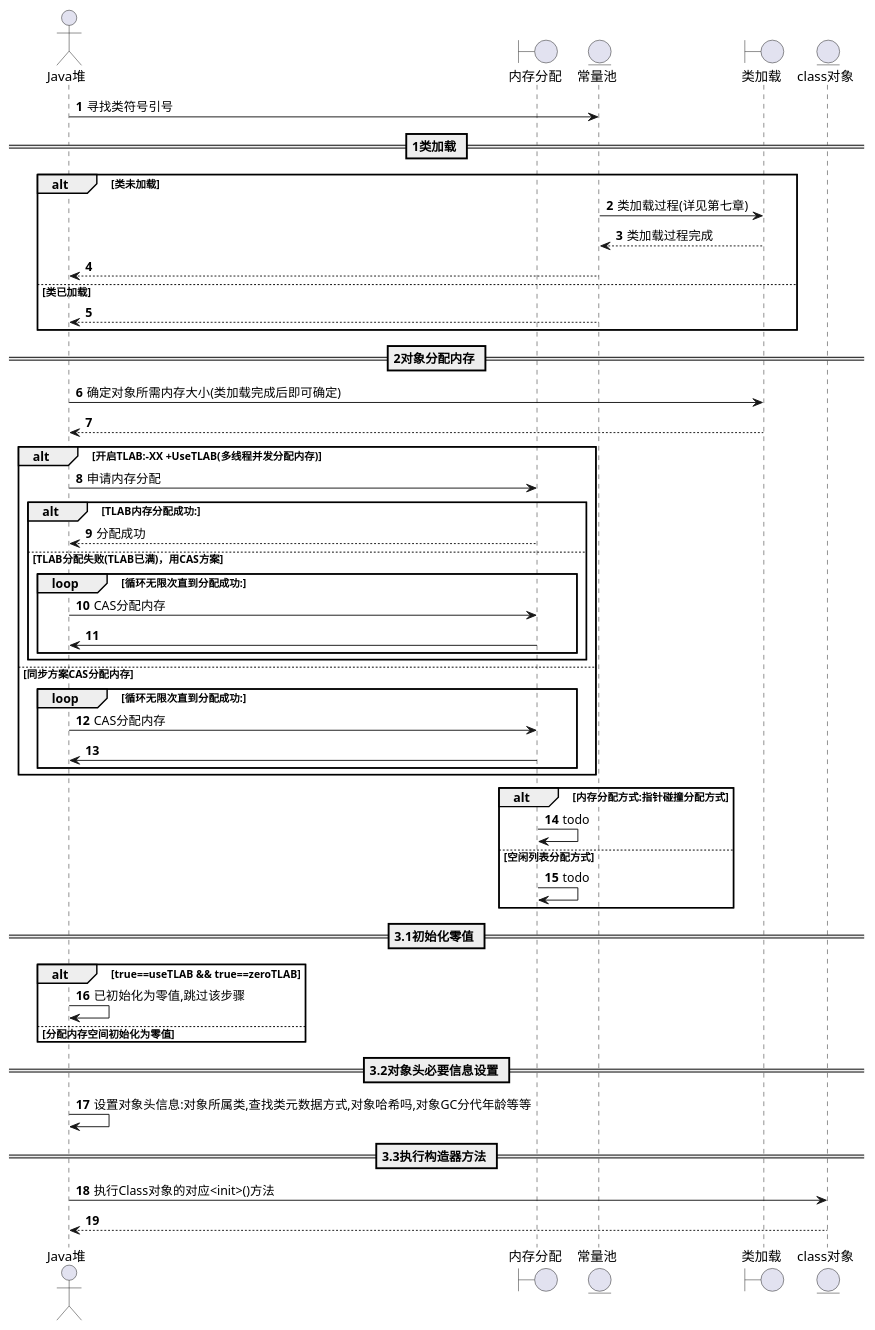
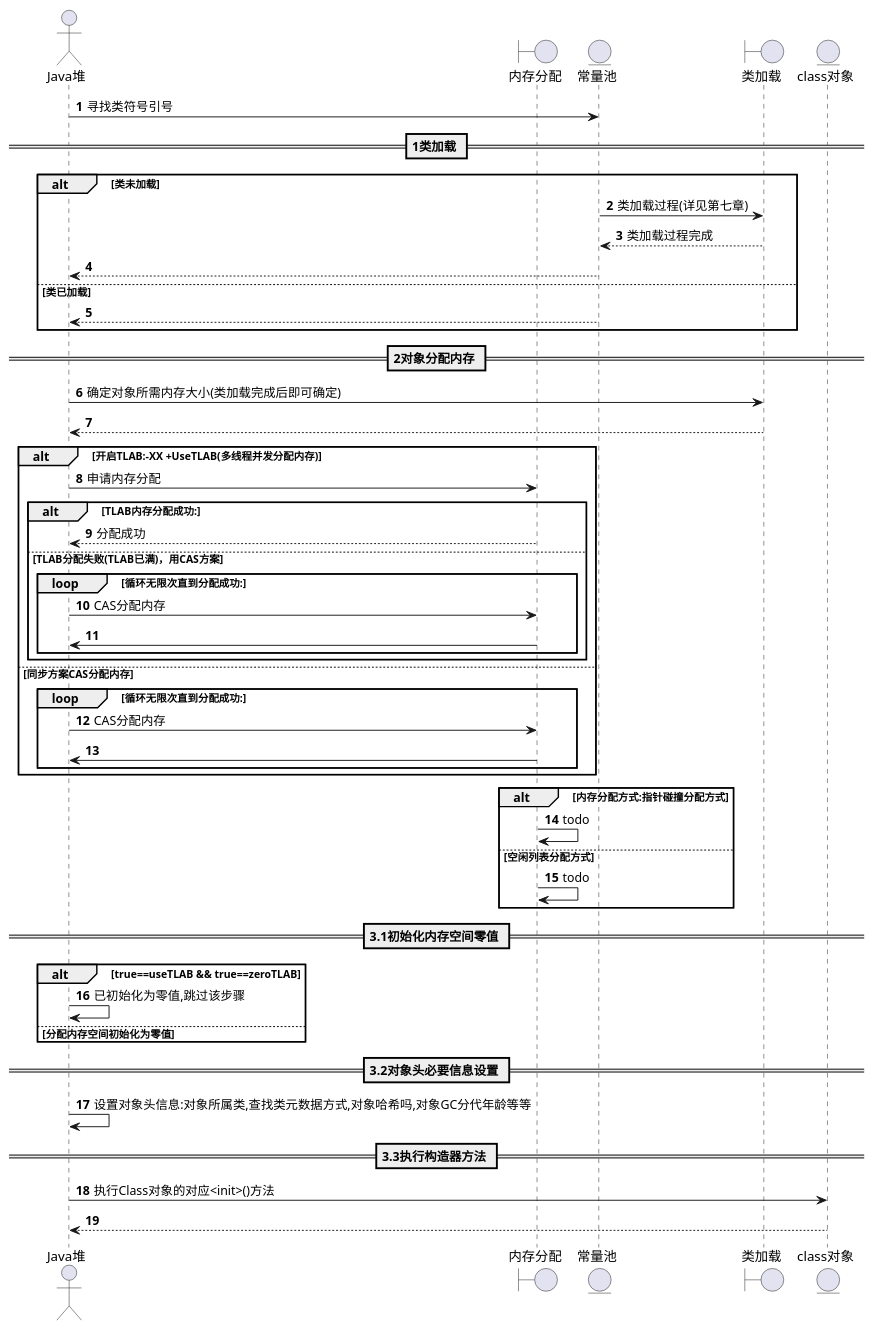
Before and after one commit to chujun/gitbook: the diagram in java/深入java虚拟机第三版/plantuml/对象创建.puml, drawn with PlantUML. The commit also changed 1 other file, not shown here.

```diff
--- a/java/深入java虚拟机第三版/plantuml/对象创建.puml
+++ b/java/深入java虚拟机第三版/plantuml/对象创建.puml
@@ -1,56 +1,56 @@
 @startuml
 actor Java堆 as heap
 boundary 内存分配 as allocation
 entity 常量池 as pool
 boundary 类加载
 entity class对象 as class
 
 autonumber
 
 
 heap -> pool: 寻找类符号引号
 == 1类加载 ==
 alt 类未加载
     pool -> 类加载: 类加载过程(详见第七章)
     类加载 --> pool: 类加载过程完成
     pool--> heap:
 else 类已加载
     pool--> heap:
 end
 == 2对象分配内存 ==
 heap -> 类加载: 确定对象所需内存大小(类加载完成后即可确定)
 类加载 --> heap:
 
 alt 开启TLAB:-XX +UseTLAB(多线程并发分配内存)
     heap -> allocation:申请内存分配
     alt TLAB内存分配成功:
         allocation-->heap:分配成功
     else TLAB分配失败(TLAB已满)，用CAS方案
         loop 循环无限次直到分配成功:
             heap -> allocation:CAS分配内存
             allocation-> heap:
         end
     end
 else 同步方案CAS分配内存
     loop 循环无限次直到分配成功:
         heap -> allocation:CAS分配内存
         allocation-> heap:
     end
 end
 alt 内存分配方式:指针碰撞分配方式
     allocation->allocation:todo
 else 空闲列表分配方式
     allocation->allocation:todo
 end
-== 3.1初始化零值 ==
+== 3.1初始化内存空间零值 ==
 alt true==useTLAB && true==zeroTLAB
     heap->heap:已初始化为零值,跳过该步骤
 else 分配内存空间初始化为零值
 end
 == 3.2对象头必要信息设置 ==
 heap->heap:设置对象头信息:对象所属类,查找类元数据方式,对象哈希吗,对象GC分代年龄等等
 
 == 3.3执行构造器方法 ==
 heap -> class: 执行Class对象的对应<init>()方法
 class --> heap:
 @enduml
```
